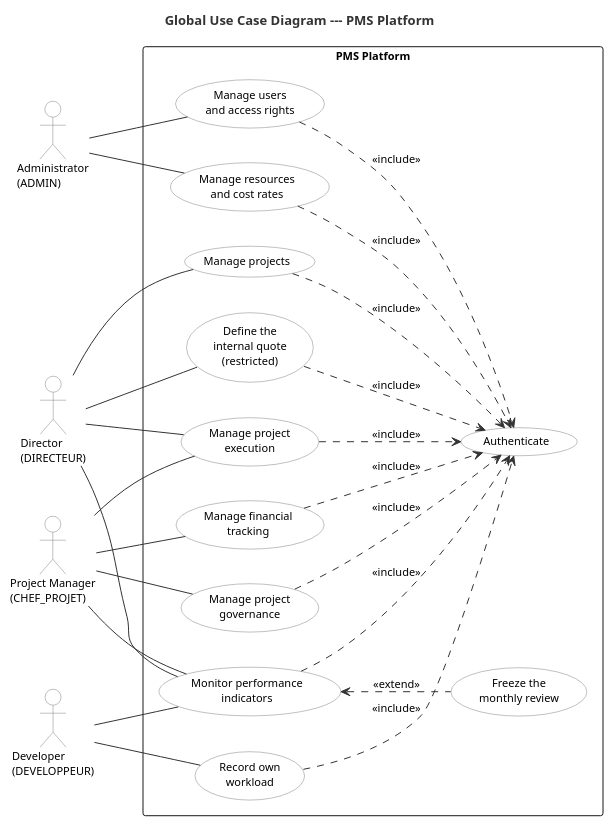
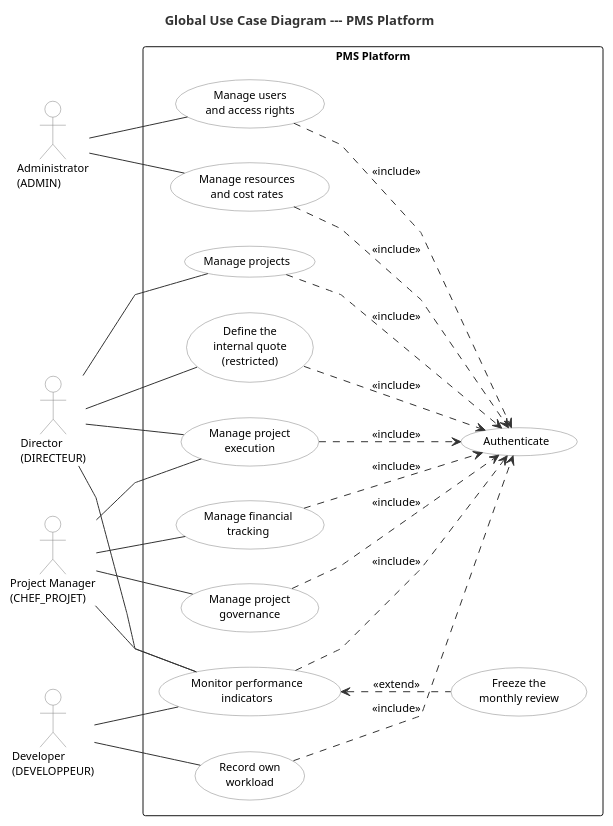
Before and after one commit to mazenrakrouki/tekup-pms-platform: the diagram in docs/uml/01-use-case.puml, drawn with PlantUML. The commit also changed 28 other files, not shown here.

First line of the commit message:
report: straight association lines in every use case diagram

```diff
--- a/docs/uml/01-use-case.puml
+++ b/docs/uml/01-use-case.puml
@@ -1,67 +1,69 @@
 @startuml use_case
 title Global Use Case Diagram --- PMS Platform
 
 left to right direction
+
+skinparam linetype polyline
 
 skinparam shadowing false
 skinparam packageStyle rectangle
 skinparam defaultFontName Helvetica
 skinparam defaultFontSize 11
 skinparam actorBorderColor #808080
 skinparam actorBackgroundColor #FFFFFF
 skinparam usecaseBorderColor #808080
 skinparam usecaseBackgroundColor #FFFFFF
 skinparam ArrowColor #333333
 skinparam noteBorderColor #AAAAAA
 skinparam noteBackgroundColor #FAFAFA
 skinparam TitleFontSize 13
 skinparam TitleFontColor #333333
 
 actor "Administrator\n(ADMIN)"         as Admin
 actor "Director\n(DIRECTEUR)"          as Dir
 actor "Project Manager\n(CHEF_PROJET)" as PM
 actor "Developer\n(DEVELOPPEUR)"       as Dev
 
 rectangle "PMS Platform" {
 
   usecase "Manage users\nand access rights"     as UC1
   usecase "Manage resources\nand cost rates"    as UC2
   usecase "Manage projects"                     as UC3
   usecase "Define the\ninternal quote\n(restricted)"          as UC4
   usecase "Manage project\nexecution"           as UC5
   usecase "Record own\nworkload"                as UC6
   usecase "Manage financial\ntracking"          as UC7
   usecase "Manage project\ngovernance"          as UC8
   usecase "Monitor performance\nindicators"     as UC9
 
   usecase "Freeze the\nmonthly review"          as UC10
   usecase "Authenticate"                        as AUTH
 }
 
 Admin -- UC1
 Admin -- UC2
 
 Dir -- UC3
 Dir -- UC4
 Dir -- UC5
 Dir -- UC9
 
 PM  -- UC5
 PM  -- UC7
 PM  -- UC8
 PM  -- UC9
 
 Dev -- UC6
 Dev -- UC9
 
 UC1 ..> AUTH : <<include>>
 UC2 ..> AUTH : <<include>>
 UC3 ..> AUTH : <<include>>
 UC4 ..> AUTH : <<include>>
 UC5 ..> AUTH : <<include>>
 UC6 ..> AUTH : <<include>>
 UC7 ..> AUTH : <<include>>
 UC8 ..> AUTH : <<include>>
 UC9 ..> AUTH : <<include>>
 UC9 <.. UC10 : <<extend>>
 @enduml
```
